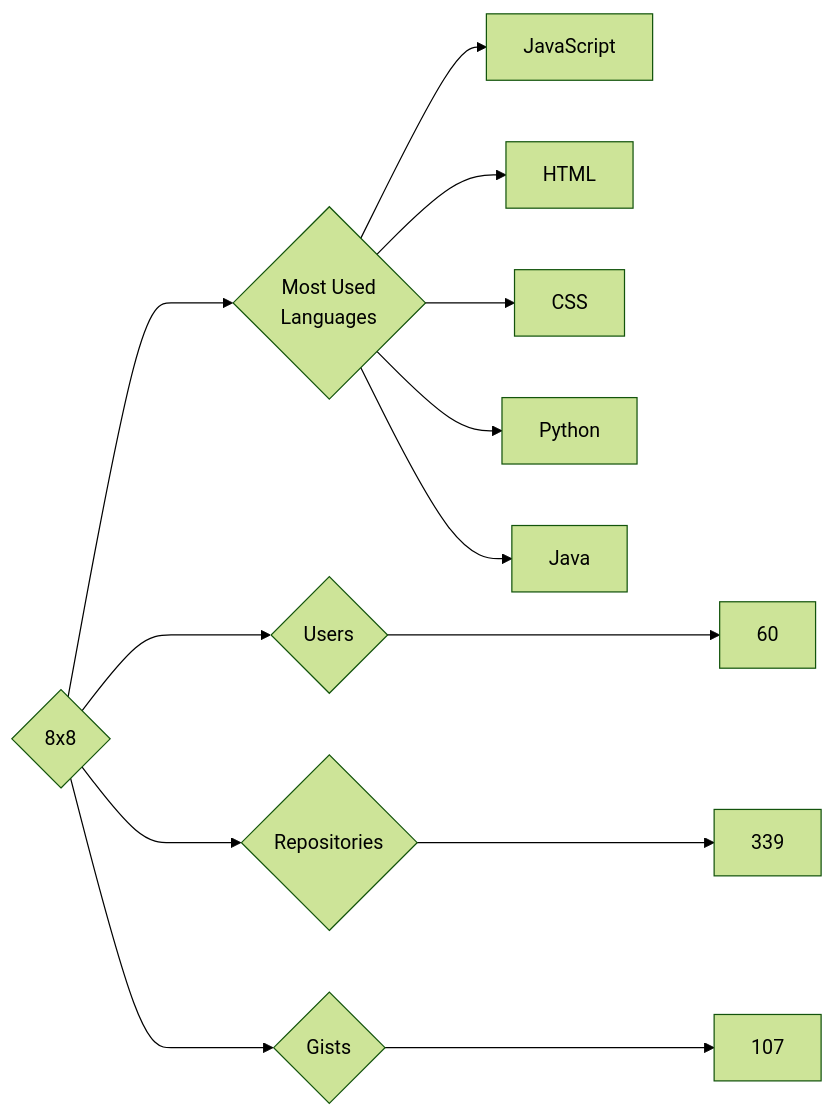
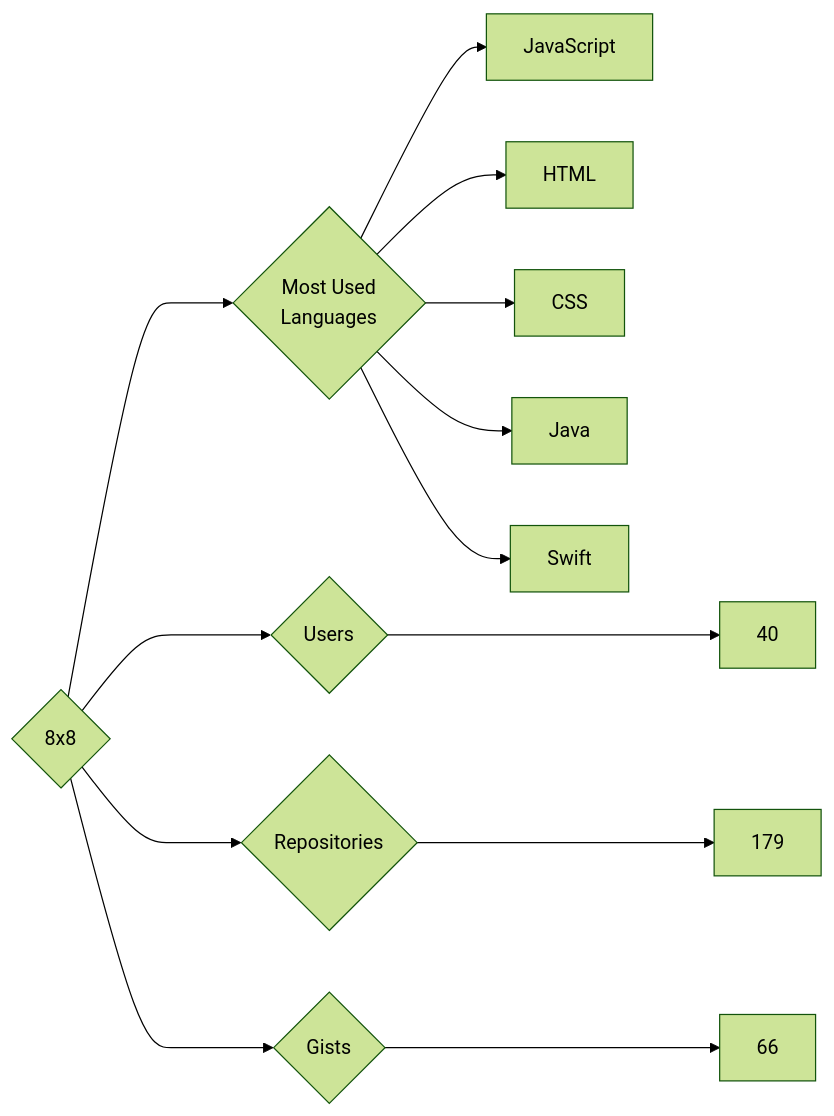
One commit to trickest/insiders changed the diagram in targets/8x8/README.md. Above: the diagram before and after it, drawn with Mermaid (forest theme). The commit also changed 676 other files, not shown here.

````diff
--- a/targets/8x8/README.md
+++ b/targets/8x8/README.md
@@ -3,13 +3,13 @@
 ```mermaid
 graph LR
 COMPANY_NAME{8x8}
-COMPANY_NAME ---> U{Users} ---> UN[60]
-COMPANY_NAME ---> R{Repositories} ---> RN[339]
-COMPANY_NAME ---> G{Gists} ---> GN[107]
+COMPANY_NAME ---> U{Users} ---> UN[40]
+COMPANY_NAME ---> R{Repositories} ---> RN[179]
+COMPANY_NAME ---> G{Gists} ---> GN[66]
 COMPANY_NAME ---> ML{Most Used<br>Languages}
 ML --> JavaScript[JavaScript]
 ML --> HTML[HTML]
 ML --> CSS[CSS]
-ML --> Python[Python]
 ML --> Java[Java]
+ML --> Swift[Swift]
 ```
````
